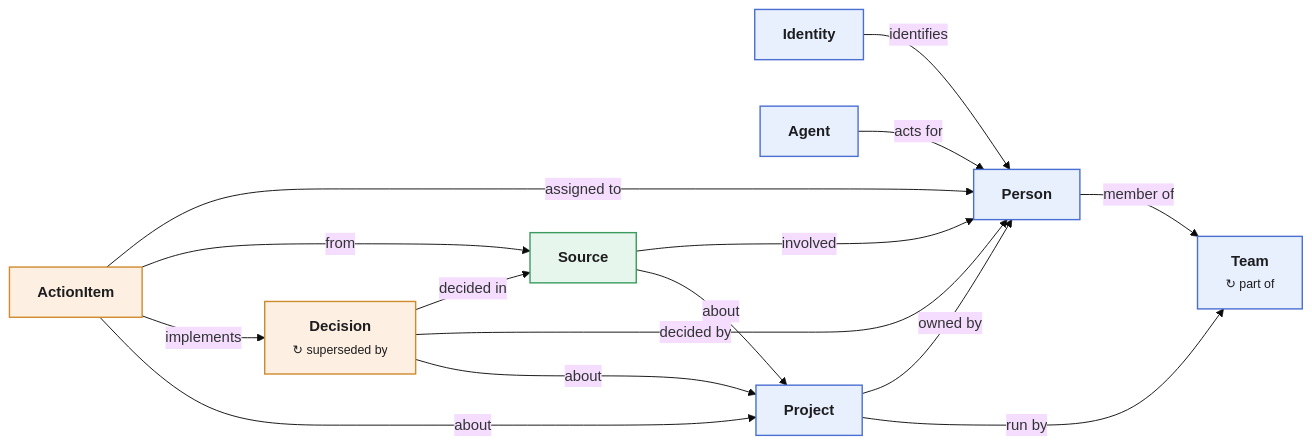
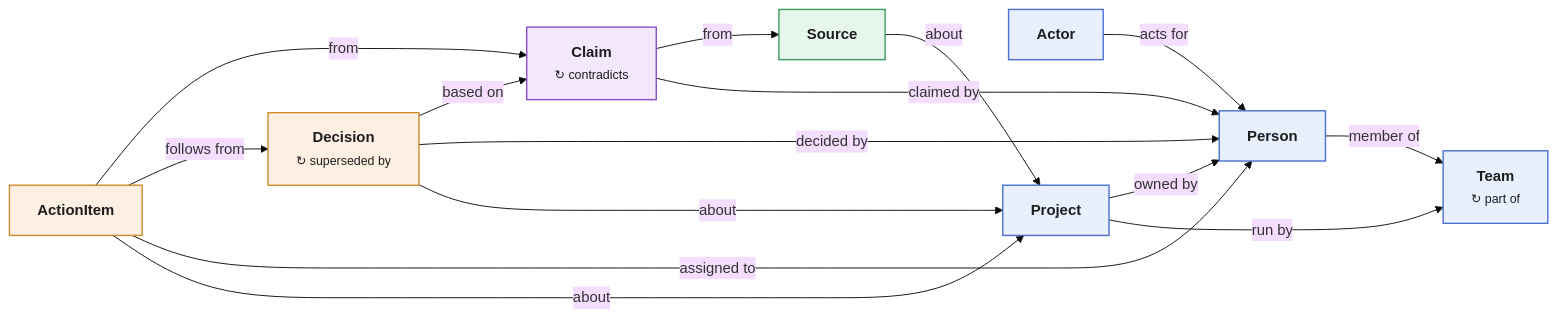
The diagram in company-brain/README.md (ModernRelay/omnigraph-cookbooks), drawn with Mermaid (base theme) before and after one commit. The commit also changed other lines of this file and 12 other files, not shown here.

````diff
--- a/company-brain/README.md
+++ b/company-brain/README.md
@@ -43,33 +45,34 @@
 ```mermaid
 ---
 config:
   flowchart:
     wrappingWidth: 320
 ---
 flowchart LR
   classDef L0 fill:#e8f0fe,stroke:#4a6fd1,color:#1d1d1f,stroke-width:1.5px
   Person["<b>Person</b>"]:::L0
-  Identity["<b>Identity</b>"]:::L0
-  Agent["<b>Agent</b>"]:::L0
+  Actor["<b>Actor</b>"]:::L0
   Team["<b>Team</b><br/><small>↻ part of</small>"]:::L0
   Project["<b>Project</b>"]:::L0
   classDef L1 fill:#e7f6ec,stroke:#3c9a5f,color:#1d1d1f,stroke-width:1.5px
   Source["<b>Source</b>"]:::L1
-  classDef L2 fill:#fdf0e2,stroke:#d08a2b,color:#1d1d1f,stroke-width:1.5px
-  Decision["<b>Decision</b><br/><small>↻ superseded by</small>"]:::L2
-  ActionItem["<b>ActionItem</b>"]:::L2
+  classDef L2 fill:#f3e8fd,stroke:#8a4fd1,color:#1d1d1f,stroke-width:1.5px
+  Claim["<b>Claim</b><br/><small>↻ contradicts</small>"]:::L2
+  classDef L3 fill:#fdf0e2,stroke:#d08a2b,color:#1d1d1f,stroke-width:1.5px
+  Decision["<b>Decision</b><br/><small>↻ superseded by</small>"]:::L3
+  ActionItem["<b>ActionItem</b>"]:::L3
   Person -->|"member of"| Team
-  Identity -->|"identifies"| Person
-  Agent -->|"acts for"| Person
+  Actor -->|"acts for"| Person
   Project -->|"owned by"| Person
   Project -->|"run by"| Team
-  Source -->|"involved"| Person
   Source -->|"about"| Project
-  Decision -->|"decided in"| Source
+  Claim -->|"from"| Source
+  Claim -->|"claimed by"| Person
+  Decision -->|"based on"| Claim
   Decision -->|"decided by"| Person
   Decision -->|"about"| Project
+  ActionItem -->|"from"| Claim
+  ActionItem -->|"follows from"| Decision
   ActionItem -->|"assigned to"| Person
-  ActionItem -->|"from"| Source
-  ActionItem -->|"implements"| Decision
   ActionItem -->|"about"| Project
 ```
````
